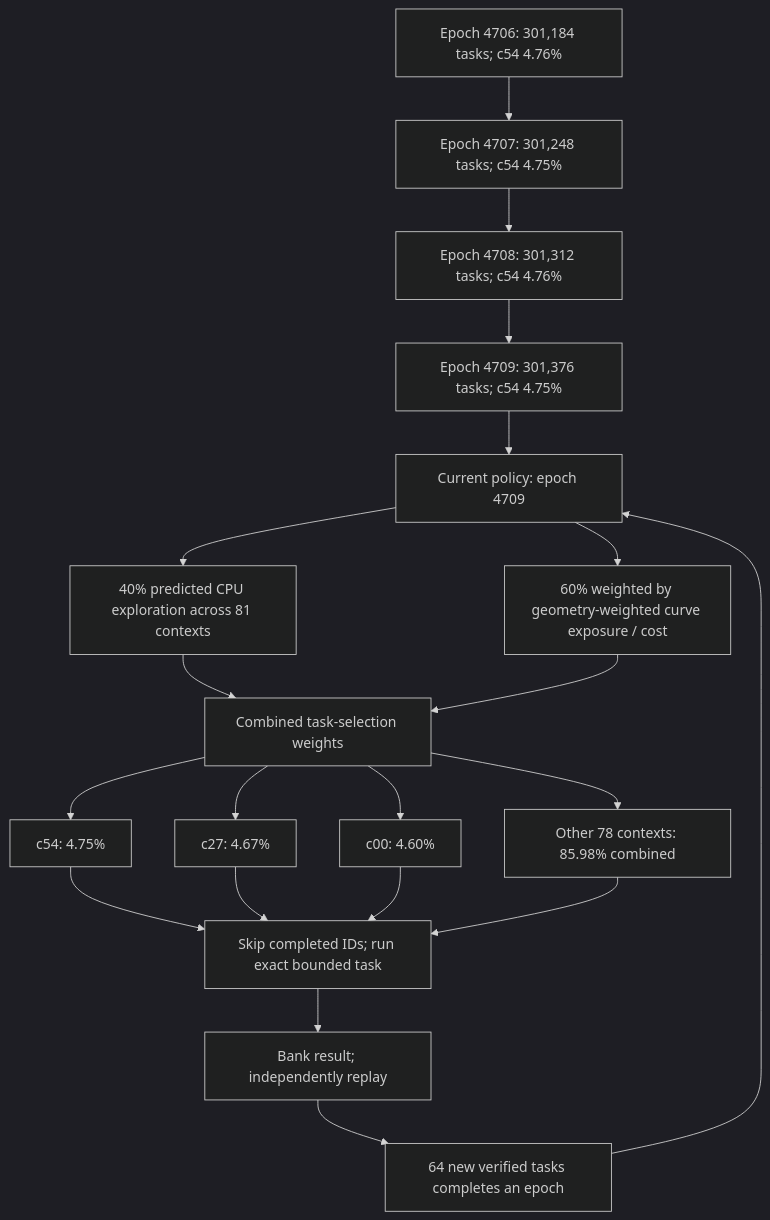
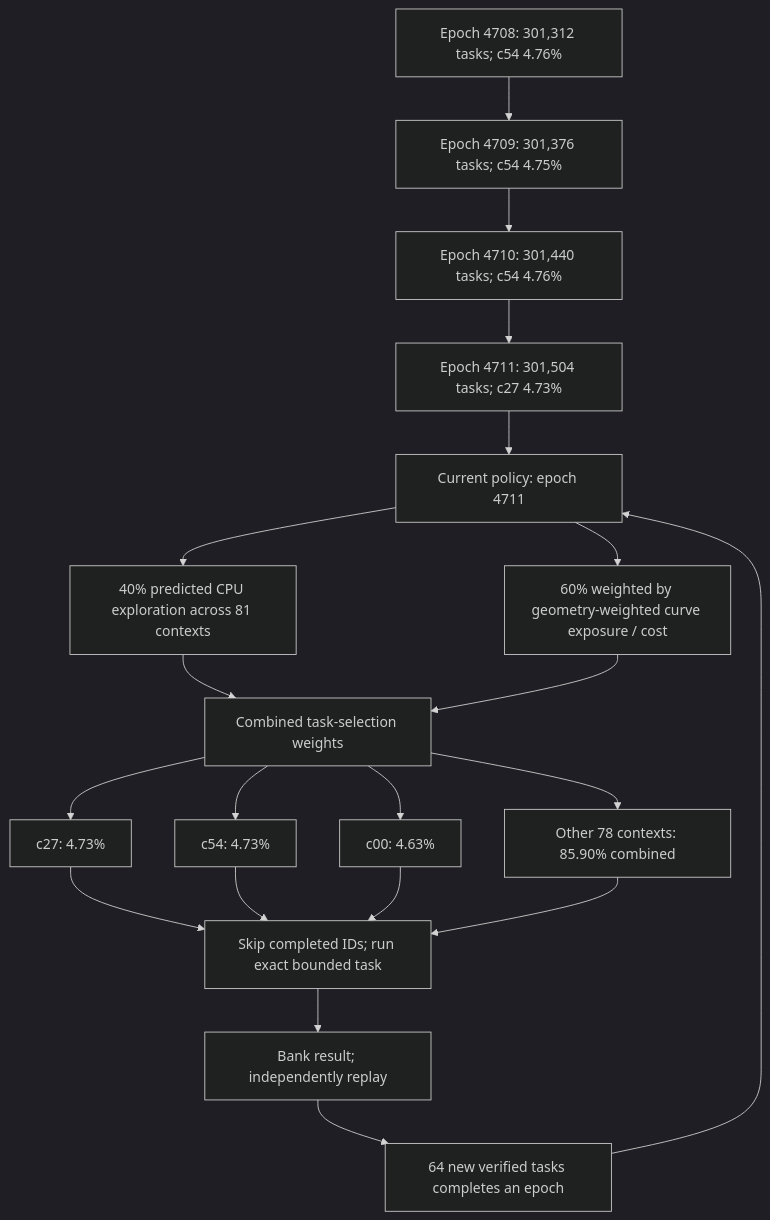
The first of 3 diagrams in README.md (Kuberwastaken/math-gambling), drawn with Mermaid (dark theme) before and after one commit. The commit also changed other lines of this file and 2219 other files, not shown here.

````diff
--- a/README.md
+++ b/README.md
@@ -60,27 +60,27 @@
 ```mermaid
 flowchart TD
-    H0["Epoch 4706: 301,184 tasks; c54 4.76%"]
-    H1["Epoch 4707: 301,248 tasks; c54 4.75%"]
+    H0["Epoch 4708: 301,312 tasks; c54 4.76%"]
+    H1["Epoch 4709: 301,376 tasks; c54 4.75%"]
     H0 --> H1
-    H2["Epoch 4708: 301,312 tasks; c54 4.76%"]
+    H2["Epoch 4710: 301,440 tasks; c54 4.76%"]
     H1 --> H2
-    H3["Epoch 4709: 301,376 tasks; c54 4.75%"]
+    H3["Epoch 4711: 301,504 tasks; c27 4.73%"]
     H2 --> H3
-    Policy["Current policy: epoch 4709"]
+    Policy["Current policy: epoch 4711"]
     H3 --> Policy
     Policy --> Explore["40% predicted CPU exploration across 81 contexts"]
     Policy --> Cost["60% weighted by geometry-weighted curve exposure / cost"]
     Explore --> Mix["Combined task-selection weights"]
     Cost --> Mix
-    Mix --> C0["c54: 4.75%"]
-    Mix --> C1["c27: 4.67%"]
-    Mix --> C2["c00: 4.60%"]
-    Mix --> Rest["Other 78 contexts: 85.98% combined"]
+    Mix --> C0["c27: 4.73%"]
+    Mix --> C1["c54: 4.73%"]
+    Mix --> C2["c00: 4.63%"]
+    Mix --> Rest["Other 78 contexts: 85.90% combined"]
     C0 --> Check["Skip completed IDs; run exact bounded task"]
     C1 --> Check
     C2 --> Check
     Rest --> Check
     Check --> Replay["Bank result; independently replay"]
     Replay --> Gate["64 new verified tasks completes an epoch"]
     Gate --> Policy
 ```
````
